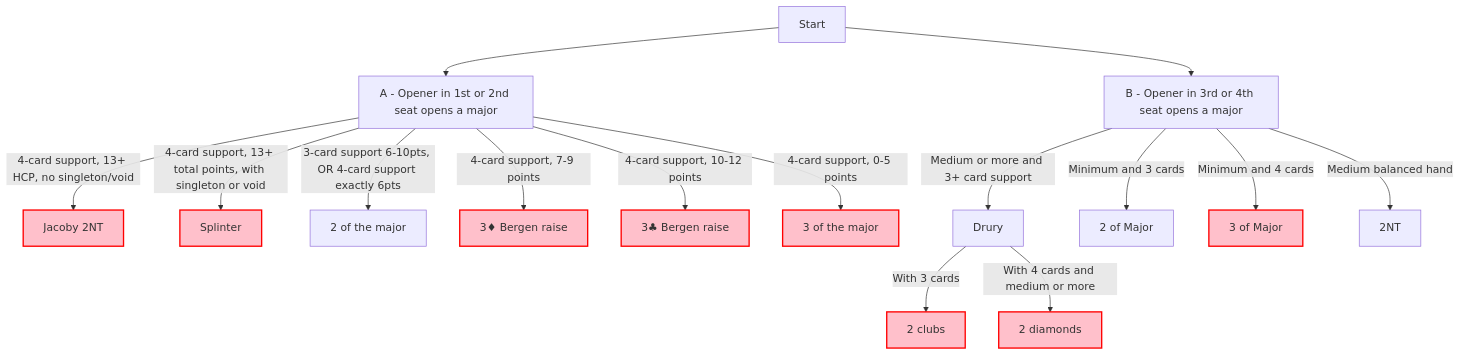
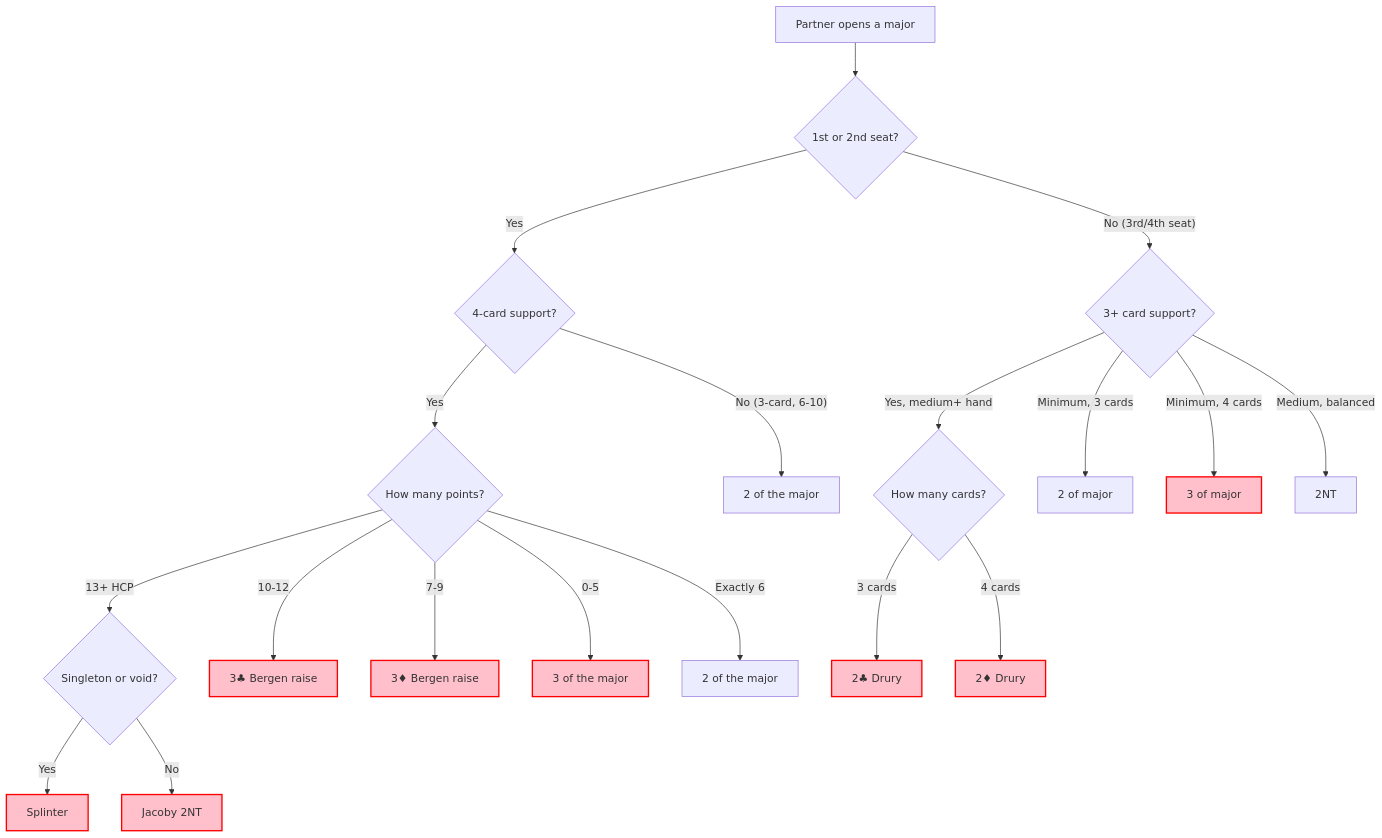
The diagram in MajorRaises.md (stephen-vakil/BridgeConventions), drawn with Mermaid before and after one commit. The commit also changed 1 other file, not shown here.

Commit message:
Diagram formatting

````diff
--- a/MajorRaises.md
+++ b/MajorRaises.md
@@ -17,22 +17,30 @@
 ```mermaid
 
 graph TD
-    A[Start] -->B1[A - Opener in 1st or 2nd seat opens a major]
-    A[Start] -->3rdseat[B - Opener in 3rd or 4th seat opens a major]
+    Start[Partner opens a major] --> Seat{1st or 2nd seat?}
 
-    B1 -->|"4-card support, 13+ HCP, no singleton/void"| Jacoby[Jacoby 2NT]:::alerted
-    B1 -->|"4-card support, 13+ total points, with singleton or void"| Splinter[Splinter]:::alerted
-    B1 -->|"3-card support 6-10pts, OR 4-card support exactly 6pts"| D3[2 of the major]
-    B1 -->|"4-card support, 7-9 points"| D2[3♦ Bergen raise]:::alerted
-    B1 -->|"4-card support, 10-12 points"| D1[3♣ Bergen raise]:::alerted
-    B1 -->|"4-card support, 0-5 points"| D4[3 of the major]:::alerted
+    Seat -->|Yes| Support{4-card support?}
+    Seat -->|"No (3rd/4th seat)"| Drury{3+ card support?}
 
-    3rdseat -->|Medium or more and 3+ card support| Drury[Drury]
-    Drury -->|With 3 cards| E1[2 clubs]:::alerted
-    Drury -->|With 4 cards and medium or more| E2[2 diamonds]:::alerted
-    3rdseat -->|Minimum and 3 cards| E3[2 of Major]
-    3rdseat -->|Minimum and 4 cards| E4[3 of Major]:::alerted
-    3rdseat -->|Medium balanced hand| E5[2NT]
+    Support -->|Yes| Strength{How many points?}
+    Support -->|"No (3-card, 6-10)"| TwoM[2 of the major]
+
+    Strength -->|"13+ HCP"| Short{Singleton or void?}
+    Strength -->|10-12| Bergen3C[3♣ Bergen raise]:::alerted
+    Strength -->|7-9| Bergen3D[3♦ Bergen raise]:::alerted
+    Strength -->|0-5| ThreeM[3 of the major]:::alerted
+    Strength -->|Exactly 6| TwoM2[2 of the major]
+
+    Short -->|Yes| Splinter[Splinter]:::alerted
+    Short -->|No| Jacoby[Jacoby 2NT]:::alerted
+
+    Drury -->|"Yes, medium+ hand"| DruryBid{How many cards?}
+    Drury -->|"Minimum, 3 cards"| E3[2 of major]
+    Drury -->|"Minimum, 4 cards"| E4[3 of major]:::alerted
+    Drury -->|"Medium, balanced"| E5[2NT]
+
+    DruryBid -->|3 cards| E1[2♣ Drury]:::alerted
+    DruryBid -->|4 cards| E2[2♦ Drury]:::alerted
 
     classDef alerted fill:#FFC0CB,stroke:#ff0000,stroke-width:2px;
 ```
````
